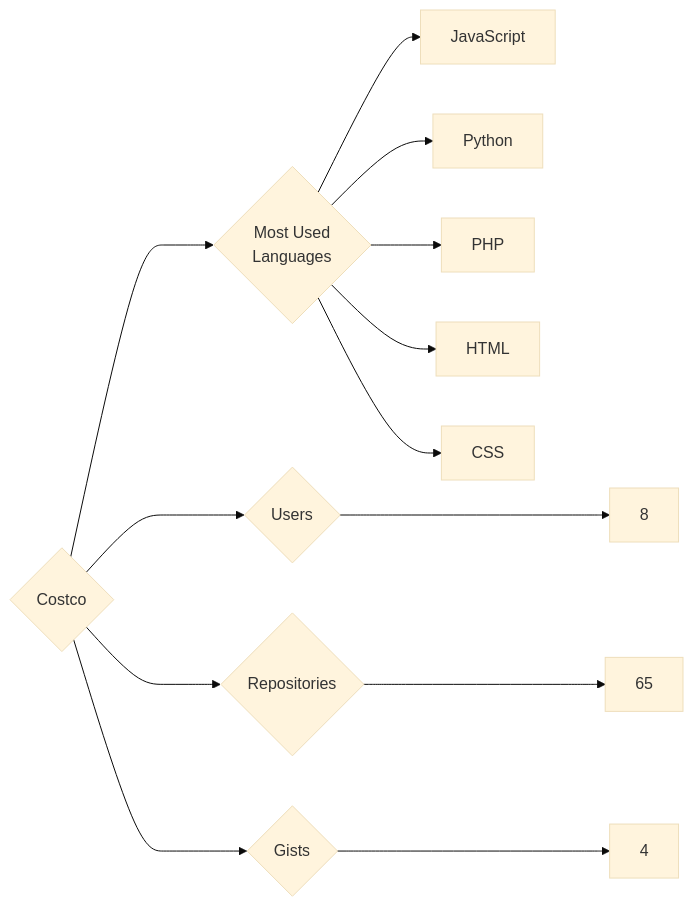
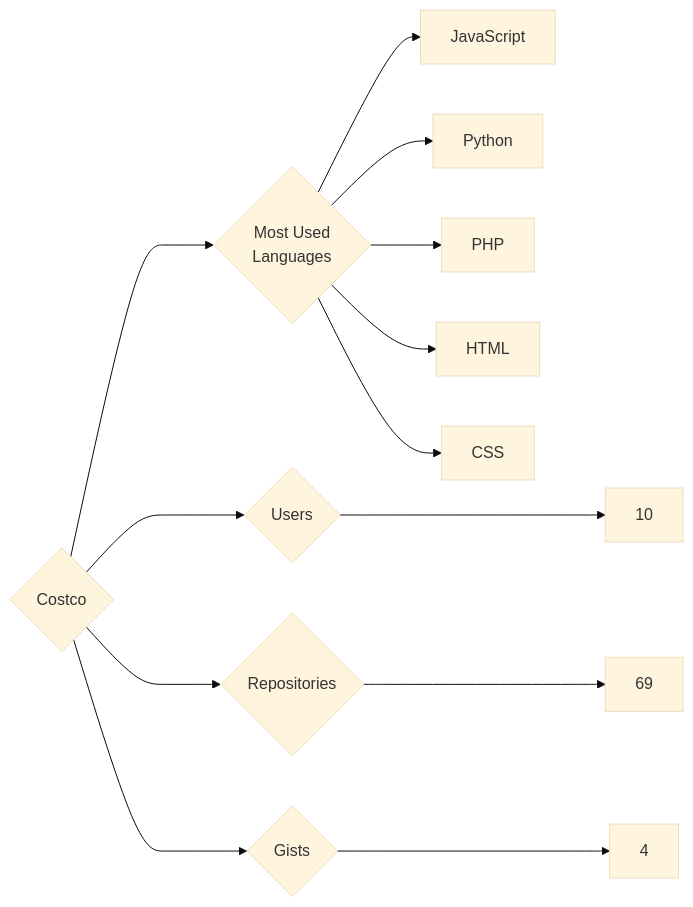
Before and after one commit to trickest/insiders: the diagram in targets/Costco/README.md, drawn with Mermaid (base theme). The commit also changed 934 other files, not shown here.

````diff
--- a/targets/Costco/README.md
+++ b/targets/Costco/README.md
@@ -3,13 +3,13 @@
 ```mermaid
 graph LR
 COMPANY_NAME{Costco}
-COMPANY_NAME ---> U{Users} ---> UN[8]
-COMPANY_NAME ---> R{Repositories} ---> RN[65]
+COMPANY_NAME ---> U{Users} ---> UN[10]
+COMPANY_NAME ---> R{Repositories} ---> RN[69]
 COMPANY_NAME ---> G{Gists} ---> GN[4]
 COMPANY_NAME ---> ML{Most Used<br>Languages}
 ML --> JavaScript[JavaScript]
 ML --> Python[Python]
 ML --> PHP[PHP]
 ML --> HTML[HTML]
 ML --> CSS[CSS]
 ```
````
